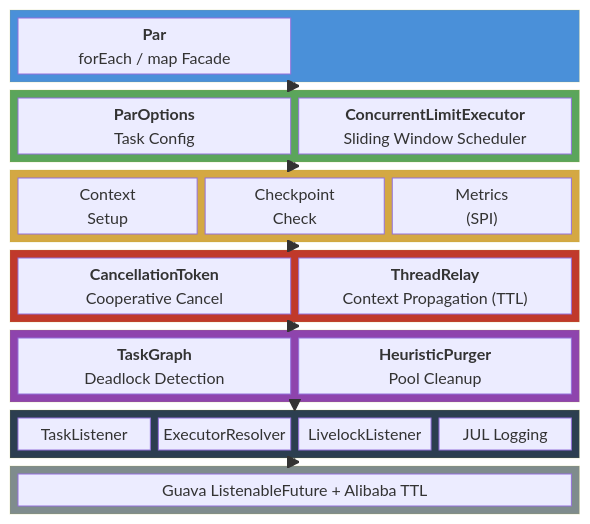
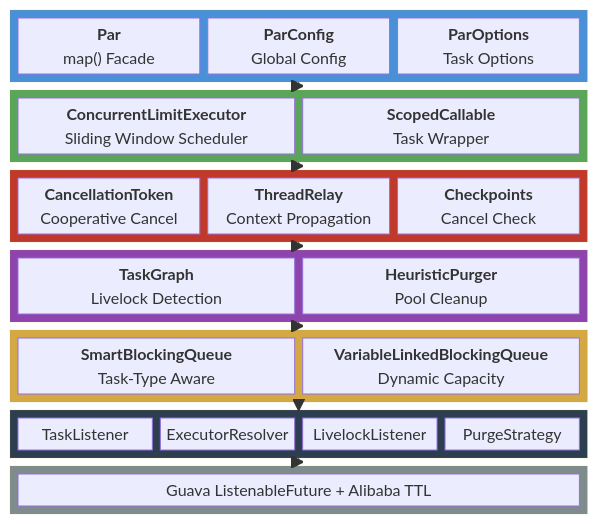
The diagram in README.md (monadrome/parallel-in-scope), drawn with Mermaid before and after one commit. The commit also changed 1 other file, not shown here.

Commit message:
Update architecture diagram to reflect current package structure
- Remove forEach (only map() as facade entry point)
- Add ParConfig to API layer alongside Par and ParOptions
- Add execution engine layer with ConcurrentLimitExecutor and ScopedCallable
- Add Checkpoints to core layer
- Add queue layer with SmartBlockingQueue and VariableLinkedBlockingQueue
- Replace JUL Logging with PurgeStrategy in SPI layer
- Use 3-column layout for better clarity

````diff
--- a/README.md
+++ b/README.md
@@ -204,63 +204,64 @@
 ```mermaid
 block-beta
-    columns 2
+    columns 3
 
-    block:par:2
-        columns 2
-        A["<b>Par</b><br/>forEach / map Facade"]
-        space
+    block:api:3
+        columns 3
+        A["<b>Par</b><br/>map() Facade"]
+        B["<b>ParConfig</b><br/>Global Config"]
+        C["<b>ParOptions</b><br/>Task Options"]
     end
 
-    block:config:2
+    block:engine:3
         columns 2
-        B["<b>ParOptions</b><br/>Task Config"]
-        C["<b>ConcurrentLimitExecutor</b><br/>Sliding Window Scheduler"]
+        D["<b>ConcurrentLimitExecutor</b><br/>Sliding Window Scheduler"]
+        E["<b>ScopedCallable</b><br/>Task Wrapper"]
     end
 
-    block:scoped:2
+    block:core:3
         columns 3
-        D["Context<br/>Setup"]
-        E["Checkpoint<br/>Check"]
-        F["Metrics<br/>(SPI)"]
+        F["<b>CancellationToken</b><br/>Cooperative Cancel"]
+        G["<b>ThreadRelay</b><br/>Context Propagation"]
+        H["<b>Checkpoints</b><br/>Cancel Check"]
     end
 
-    block:core:2
+    block:detect:3
         columns 2
-        G["<b>CancellationToken</b><br/>Cooperative Cancel"]
-        H["<b>ThreadRelay</b><br/>Context Propagation (TTL)"]
-    end
-
-    block:detect:2
-        columns 2
-        I["<b>TaskGraph</b><br/>Deadlock Detection"]
+        I["<b>TaskGraph</b><br/>Livelock Detection"]
         J["<b>HeuristicPurger</b><br/>Pool Cleanup"]
     end
 
-    block:spi:2
-        columns 4
-        K["TaskListener"]
-        L["ExecutorResolver"]
-        M["LivelockListener"]
-        N["JUL Logging"]
+    block:queue:3
+        columns 2
+        K["<b>SmartBlockingQueue</b><br/>Task-Type Aware"]
+        L["<b>VariableLinkedBlockingQueue</b><br/>Dynamic Capacity"]
     end
 
-    block:deps:2
-        columns 1
-        O["Guava ListenableFuture + Alibaba TTL"]
+    block:spi:3
+        columns 4
+        M["TaskListener"]
+        N["ExecutorResolver"]
+        O["LivelockListener"]
+        P["PurgeStrategy"]
     end
 
-    par --> config
-    config --> scoped
-    scoped --> core
+    block:deps:3
+        columns 1
+        Q["Guava ListenableFuture + Alibaba TTL"]
+    end
+
+    api --> engine
+    engine --> core
     core --> detect
-    detect --> spi
+    detect --> queue
+    queue --> spi
     spi --> deps
 
-    style par fill:#4a90d9,color:#fff
-    style config fill:#5ba55b,color:#fff
-    style scoped fill:#d4a843,color:#fff
+    style api fill:#4a90d9,color:#fff
+    style engine fill:#5ba55b,color:#fff
     style core fill:#c0392b,color:#fff
     style detect fill:#8e44ad,color:#fff
+    style queue fill:#d4a843,color:#fff
     style spi fill:#2c3e50,color:#fff
     style deps fill:#7f8c8d,color:#fff
 ```
````
